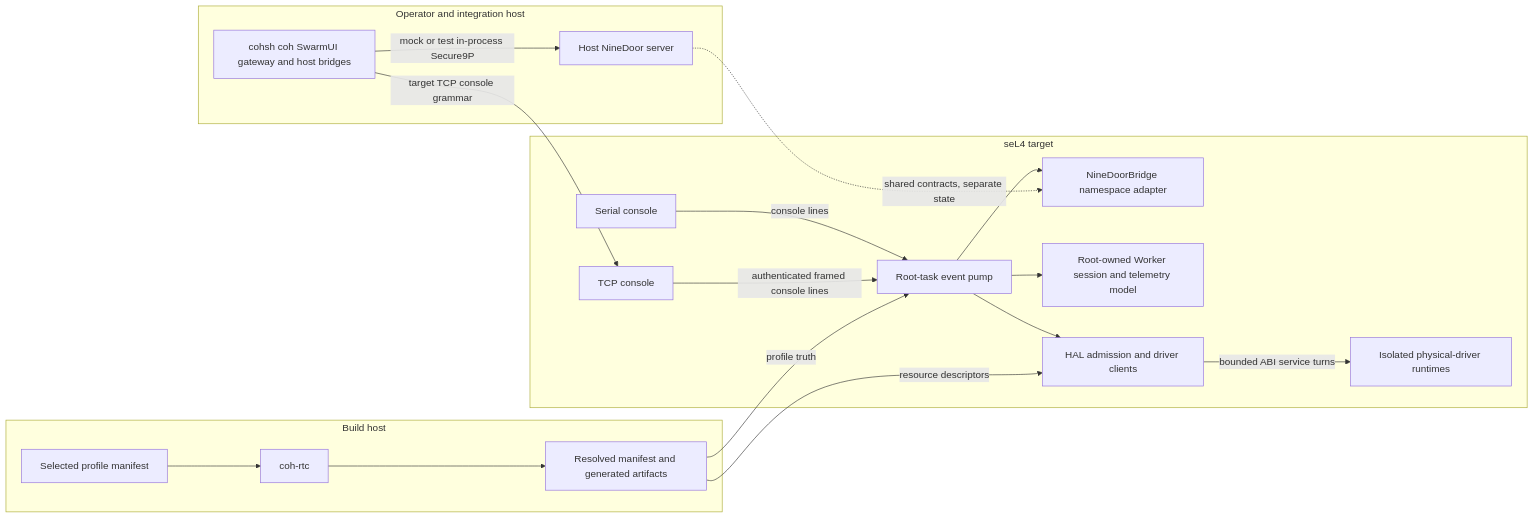
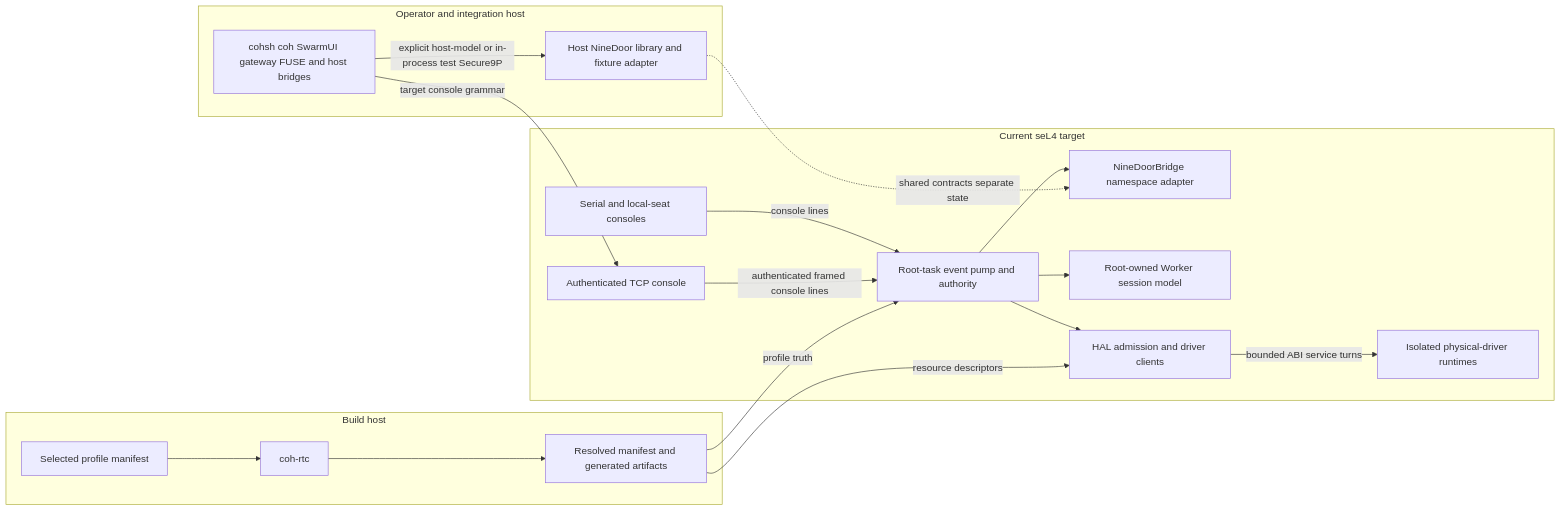
The first of 4 diagrams in docs/ARCHITECTURE.md (lukeb-aidev/cohesix), drawn with Mermaid before and after one commit. The commit also changed other lines of this file, not shown here.

````diff
--- a/docs/ARCHITECTURE.md
+++ b/docs/ARCHITECTURE.md
@@ -80,37 +138,37 @@
 ```mermaid
 flowchart LR
   subgraph BuildHost[Build host]
     Manifest[Selected profile manifest]
     Compiler[coh-rtc]
     Generated[Resolved manifest and generated artifacts]
     Manifest --> Compiler --> Generated
   end
 
   subgraph OperatorHost[Operator and integration host]
-    HostClients[cohsh coh SwarmUI gateway and host bridges]
-    HostNineDoor[Host NineDoor server]
-    HostClients -->|mock or test in-process Secure9P| HostNineDoor
+    HostClients[cohsh coh SwarmUI gateway FUSE and host bridges]
+    HostNineDoor[Host NineDoor library and fixture adapter]
+    HostClients -->|explicit host-model or in-process test Secure9P| HostNineDoor
   end
 
-  subgraph Target[seL4 target]
-    Serial[Serial console]
-    Tcp[TCP console]
-    EventPump[Root-task event pump]
+  subgraph Target[Current seL4 target]
+    Serial[Serial and local-seat consoles]
+    Tcp[Authenticated TCP console]
+    EventPump[Root-task event pump and authority]
     Bridge[NineDoorBridge namespace adapter]
-    WorkerModel[Root-owned Worker session and telemetry model]
+    WorkerModel[Root-owned Worker session model]
     Hal[HAL admission and driver clients]
     Drivers[Isolated physical-driver runtimes]
 
     Serial -->|console lines| EventPump
     Tcp -->|authenticated framed console lines| EventPump
     EventPump --> Bridge
     EventPump --> WorkerModel
     EventPump --> Hal
     Hal -->|bounded ABI service turns| Drivers
   end
 
   Generated -->|profile truth| EventPump
   Generated -->|resource descriptors| Hal
-  HostClients -->|target TCP console grammar| Tcp
-  HostNineDoor -.->|shared contracts, separate state| Bridge
+  HostClients -->|target console grammar| Tcp
+  HostNineDoor -.->|shared contracts separate state| Bridge
 ```
````
